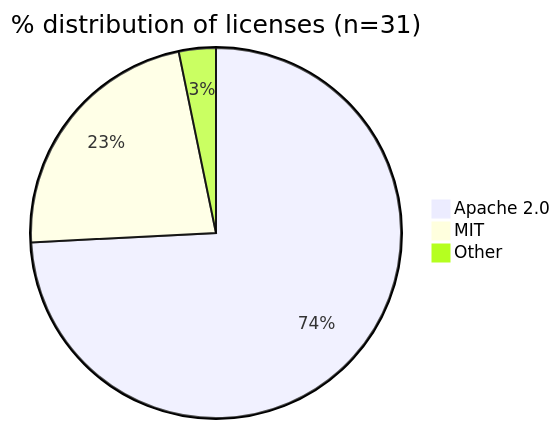
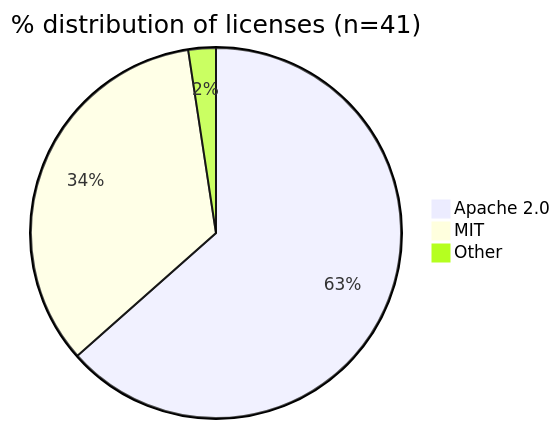
One commit to m-misiura/trustyai-blog changed the first of 4 diagrams in src/content/blog/community/evaluating-prompt-injection.md. Above: the diagram before and after it, drawn with Mermaid. The commit also changed other lines of this file, not shown here.

````diff
--- a/src/content/blog/community/evaluating-prompt-injection.md
+++ b/src/content/blog/community/evaluating-prompt-injection.md
@@ -43,6 +43,6 @@
 ```mermaid
-pie title % distribution of licenses (n=31)
-    "Apache 2.0" : 74.19
-    "MIT" : 22.58
-    "Other" : 3.23
+pie title % distribution of licenses (n=41)
+    "Apache 2.0" : 63.4
+    "MIT" : 34.1
+    "Other" : 2.4
 ```
````
